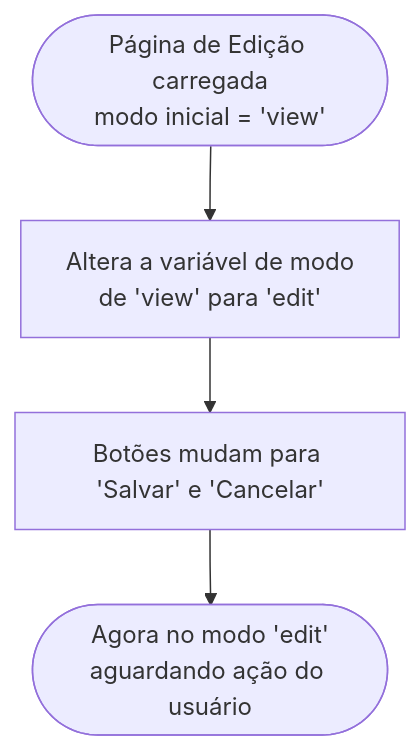
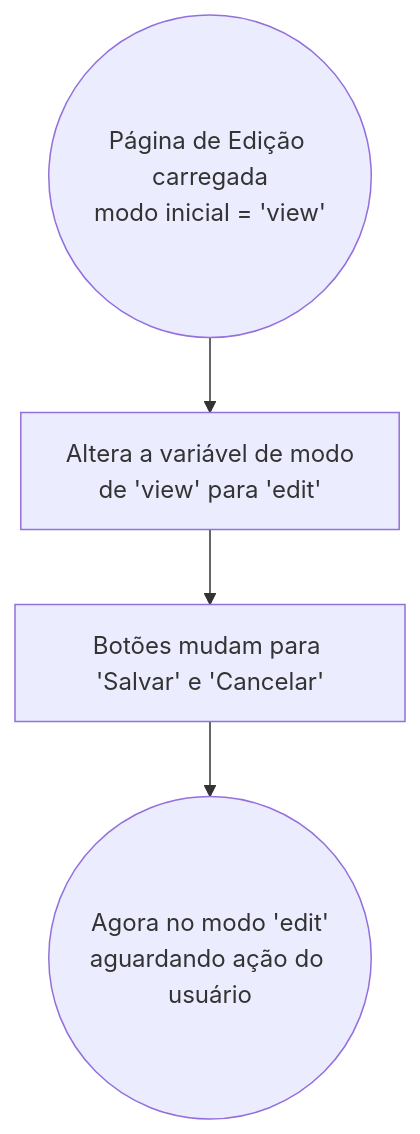
Before and after one commit to AsaphMoraes/AnotaAqui: diagram 12 of 14 in CONTEXT.md, drawn with Mermaid. The commit also changed other lines of this file, not shown here.

````diff
--- a/CONTEXT.md
+++ b/CONTEXT.md
@@ -273,6 +282,6 @@
 ```mermaid
 flowchart TB
-    A([Página de Edição carregada<br>modo inicial = 'view']) --> F[Altera a variável de modo<br>de 'view' para 'edit']
+    A((Página de Edição carregada<br>modo inicial = 'view')) --> F[Altera a variável de modo<br>de 'view' para 'edit']
     F --> H[Botões mudam para 'Salvar' e 'Cancelar']
-    H --> I([Agora no modo 'edit'<br>aguardando ação do usuário])
+    H --> I((Agora no modo 'edit'<br>aguardando ação do usuário))
 ```
````
